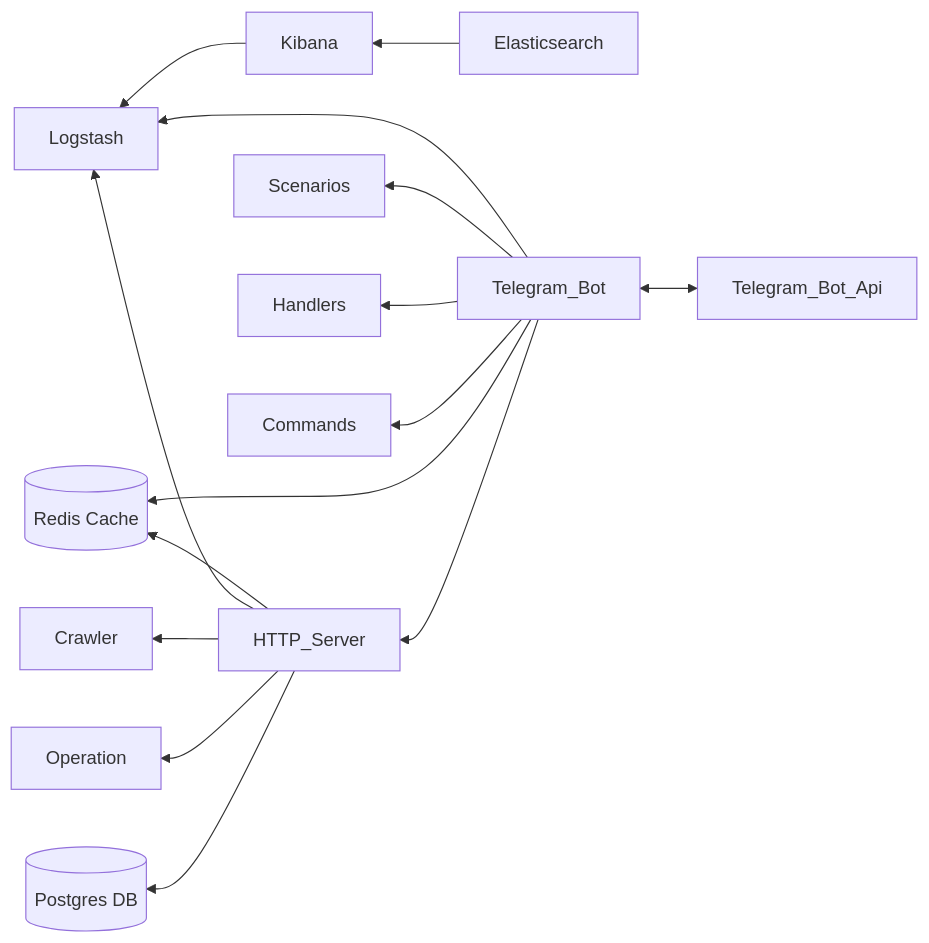
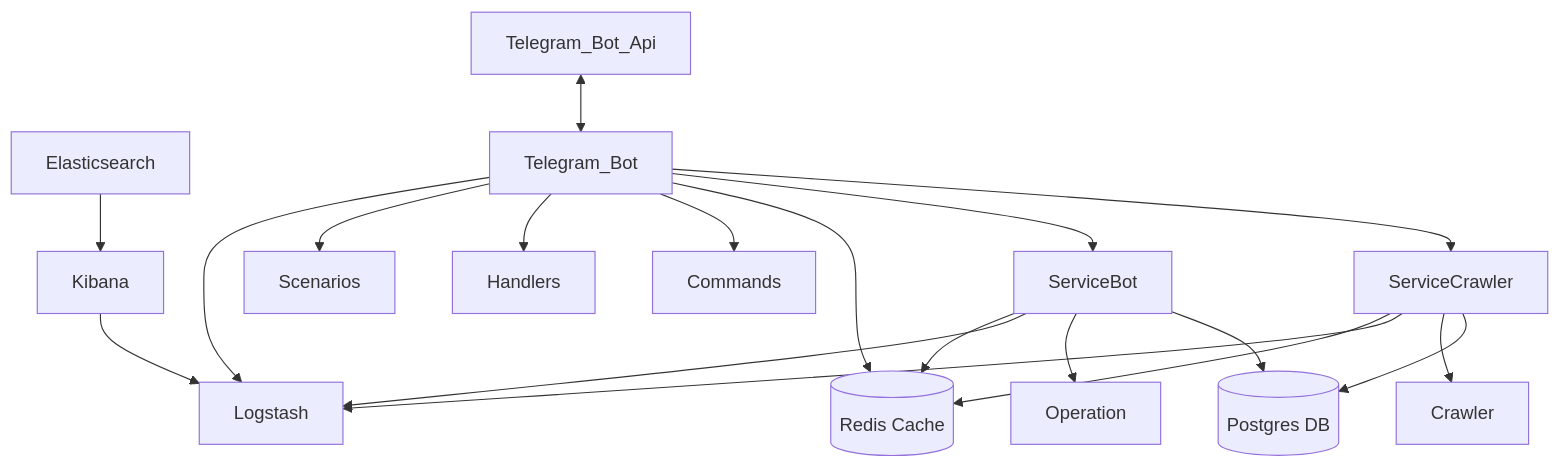
One commit to GoliHateClub/Crawlzilla changed the diagram in README.md. Above: the diagram before and after it, drawn with Mermaid.

Commit message:
feat(docs): Update project structure diagram

````diff
--- a/README.md
+++ b/README.md
@@ -13,23 +13,28 @@
 ```mermaid
-graph RL;
+graph TD;
 db1[(Postgres DB)]
 redis[(Redis Cache)]
 
-HTTP_Server-->db1
-HTTP_Server-->Operation
-HTTP_Server-->Crawler
-HTTP_Server-->Logstash
-HTTP_Server-->redis
+ServiceCrawler-->db1
+ServiceCrawler-->Crawler
+ServiceCrawler-->Logstash
+ServiceCrawler-->redis
+
+ServiceBot-->db1
+ServiceBot-->Operation
+ServiceBot-->Logstash
+ServiceBot-->redis
 
 Elasticsearch-->Kibana
 Kibana-->Logstash
 
-Telegram_Bot-->HTTP_Server
+Telegram_Bot-->ServiceCrawler
+Telegram_Bot-->ServiceBot
 Telegram_Bot-->redis
 Telegram_Bot-->Commands
 Telegram_Bot-->Handlers
 Telegram_Bot-->Scenarios
 Telegram_Bot-->Logstash
 
 Telegram_Bot_Api<-->Telegram_Bot
 ```
````
